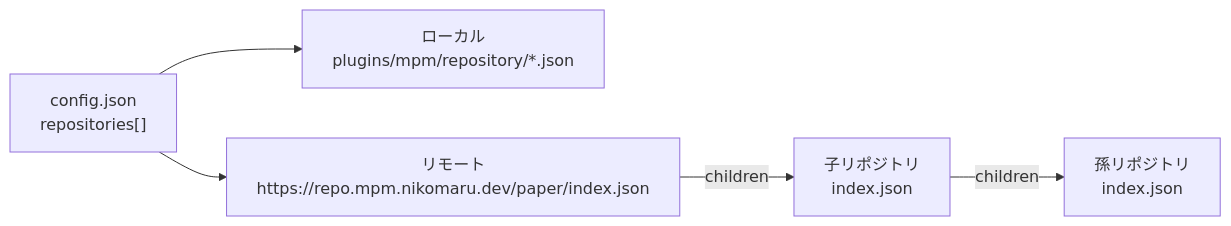
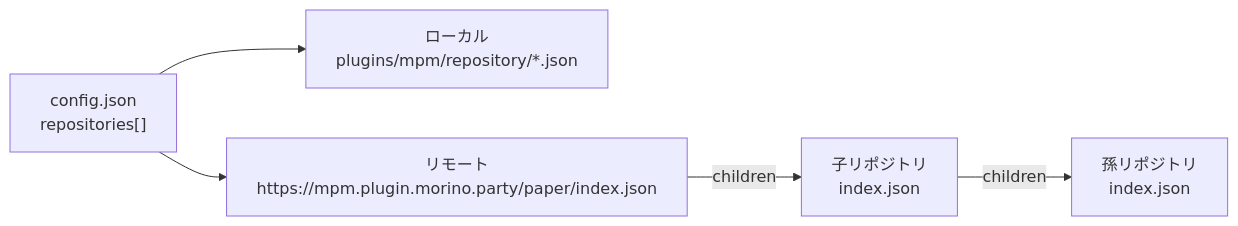
The diagram in docs/content/docs/repository/index.mdx (morinoparty/mpm), drawn with Mermaid before and after one commit. The commit also changed other lines of this file and 3 other files, not shown here.

Commit message:
📝 Document the mpm.plugin.morino.party repository, its channels and velocity catalog

````diff
--- a/docs/content/docs/repository/index.mdx
+++ b/docs/content/docs/repository/index.mdx
@@ -22,7 +22,7 @@
 ```mermaid
 graph LR
     C["config.json<br/>repositories[]"] --> L["ローカル<br/>plugins/mpm/repository/*.json"]
-    C --> R["リモート<br/>https://repo.mpm.nikomaru.dev/paper/index.json"]
+    C --> R["リモート<br/>https://mpm.plugin.morino.party/paper/index.json"]
     R -->|children| S1["子リポジトリ<br/>index.json"]
     S1 -->|children| S2["孫リポジトリ<br/>index.json"]
 ```
````
